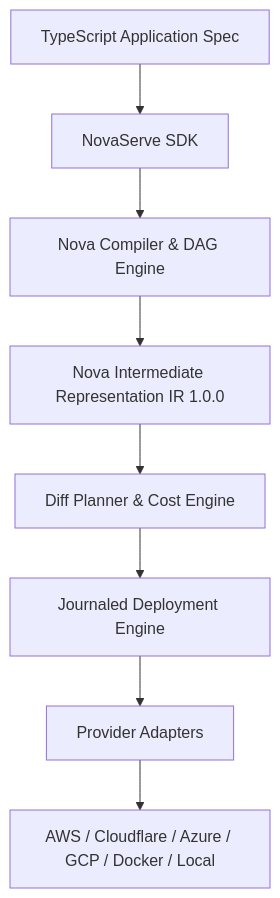
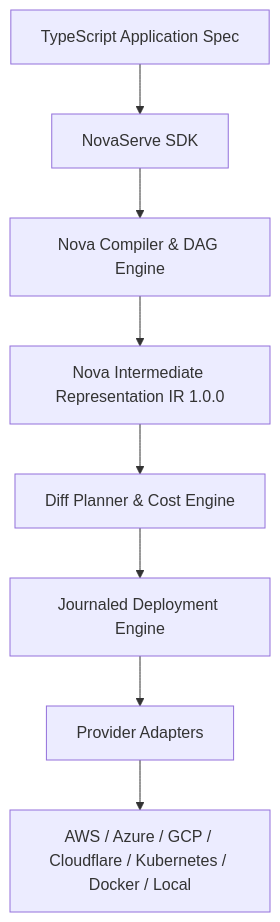
The diagram in README.md (novaserve-cloud/novaserve), drawn with Mermaid before and after one commit. The commit also changed other lines of this file and 13 other files, not shown here.

````diff
--- a/README.md
+++ b/README.md
@@ -82,10 +82,10 @@
 ```mermaid
 flowchart TD
     A[TypeScript Application Spec] --> B[NovaServe SDK]
     B --> C[Nova Compiler & DAG Engine]
     C --> D[Nova Intermediate Representation IR 1.0.0]
     D --> E[Diff Planner & Cost Engine]
     E --> F[Journaled Deployment Engine]
     F --> G[Provider Adapters]
-    G --> H[AWS / Cloudflare / Azure / GCP / Docker / Local]
+    G --> H[AWS / Azure / GCP / Cloudflare / Kubernetes / Docker / Local]
 ```
````
